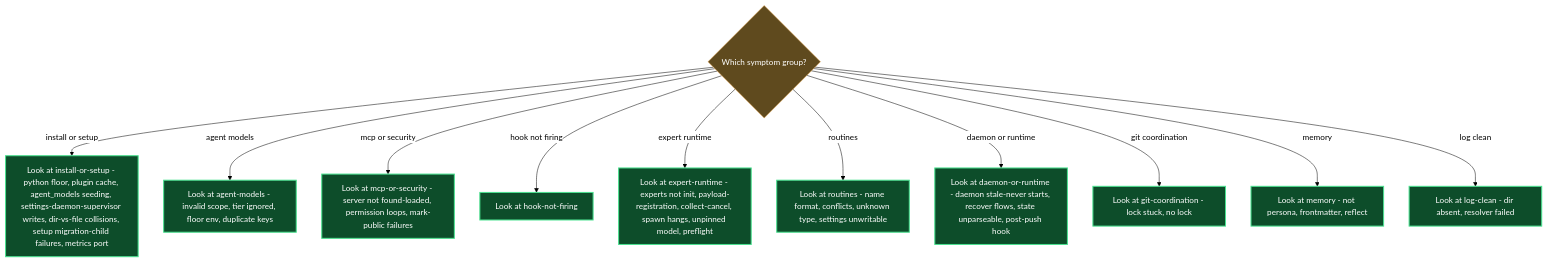
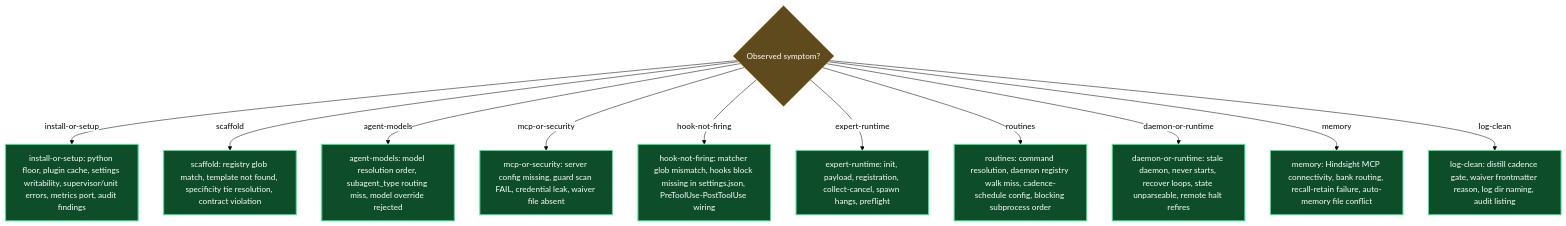
One commit to mebius-san/lazy-cortex changed the diagram in claude/lazycortex-core/help/troubleshooting.md. Above: the diagram before and after it, drawn with Mermaid. The commit also changed other lines of this file and 28 other files, not shown here.

````diff
--- a/claude/lazycortex-core/help/troubleshooting.md
+++ b/claude/lazycortex-core/help/troubleshooting.md
@@ -684,33 +699,42 @@
 ```mermaid
 %%{init: {'themeVariables':{'lineColor':'#000','textColor':'#000','edgeLabelBackground':'#fff'},'themeCSS':'.edgeLabel{background-color:transparent!important}.edgeLabel p{background-color:transparent!important}','flowchart':{'diagramPadding':5,'useMaxWidth':true}}}%%
 flowchart TD
-  symptomObserved{Which symptom group?}
+  observedSymptom{Observed symptom?}
 
-  installSetupLeaf[Look at install-or-setup - python floor, plugin cache, agent_models seeding, settings-daemon-supervisor writes, dir-vs-file collisions, setup migration-child failures, metrics port]
-  agentModelsLeaf[Look at agent-models - invalid scope, tier ignored, floor env, duplicate keys]
-  mcpSecurityLeaf[Look at mcp-or-security - server not found-loaded, permission loops, mark-public failures]
-  hookNotFiringLeaf[Look at hook-not-firing]
-  expertRuntimeLeaf[Look at expert-runtime - experts not init, payload-registration, collect-cancel, spawn hangs, unpinned model, preflight]
-  routinesLeaf[Look at routines - name format, conflicts, unknown type, settings unwritable]
-  daemonRuntimeLeaf[Look at daemon-or-runtime - daemon stale-never starts, recover flows, state unparseable, post-push hook]
-  gitCoordinationLeaf[Look at git-coordination - lock stuck, no lock]
-  memoryLeaf[Look at memory - not persona, frontmatter, reflect]
-  logCleanLeaf[Look at log-clean - dir absent, resolver failed]
+  installOrSetup[install-or-setup: python floor, plugin cache, settings writability, supervisor/unit errors, metrics port, audit findings]
+  scaffold[scaffold: registry glob match, template not found, specificity tie resolution, contract violation]
+  agentModels[agent-models: model resolution order, subagent_type routing miss, model override rejected]
+  mcpOrSecurity[mcp-or-security: server config missing, guard scan FAIL, credential leak, waiver file absent]
+  hookNotFiring[hook-not-firing: matcher glob mismatch, hooks block missing in settings.json, PreToolUse-PostToolUse wiring]
+  expertRuntime[expert-runtime: init, payload, registration, collect-cancel, spawn hangs, preflight]
+  routines[routines: command resolution, daemon registry walk miss, cadence-schedule config, blocking subprocess order]
+  daemonOrRuntime[daemon-or-runtime: stale daemon, never starts, recover loops, state unparseable, remote halt refires]
+  memory[memory: Hindsight MCP connectivity, bank routing, recall-retain failure, auto-memory file conflict]
+  logClean[log-clean: distill cadence gate, waiver frontmatter reason, log dir naming, audit listing]
 
-  symptomObserved -->|install or setup| installSetupLeaf
-  symptomObserved -->|agent models| agentModelsLeaf
-  symptomObserved -->|mcp or security| mcpSecurityLeaf
-  symptomObserved -->|hook not firing| hookNotFiringLeaf
-  symptomObserved -->|expert runtime| expertRuntimeLeaf
-  symptomObserved -->|routines| routinesLeaf
-  symptomObserved -->|daemon or runtime| daemonRuntimeLeaf
-  symptomObserved -->|git coordination| gitCoordinationLeaf
-  symptomObserved -->|memory| memoryLeaf
-  symptomObserved -->|log clean| logCleanLeaf
+  observedSymptom -->|install-or-setup| installOrSetup
+  observedSymptom -->|scaffold| scaffold
+  observedSymptom -->|agent-models| agentModels
+  observedSymptom -->|mcp-or-security| mcpOrSecurity
+  observedSymptom -->|hook-not-firing| hookNotFiring
+  observedSymptom -->|expert-runtime| expertRuntime
+  observedSymptom -->|routines| routines
+  observedSymptom -->|daemon-or-runtime| daemonOrRuntime
+  observedSymptom -->|memory| memory
+  observedSymptom -->|log-clean| logClean
 
   classDef guard fill:#5f4a1e,stroke:#e2a14a,color:#fff
   classDef success fill:#0d4d2a,stroke:#4ae290,color:#fff,stroke-width:2px
 
-  class symptomObserved guard
-  class installSetupLeaf,agentModelsLeaf,mcpSecurityLeaf,hookNotFiringLeaf,expertRuntimeLeaf,routinesLeaf,daemonRuntimeLeaf,gitCoordinationLeaf,memoryLeaf,logCleanLeaf success
+  class observedSymptom guard
+  class installOrSetup success
+  class scaffold success
+  class agentModels success
+  class mcpOrSecurity success
+  class hookNotFiring success
+  class expertRuntime success
+  class routines success
+  class daemonOrRuntime success
+  class memory success
+  class logClean success
 ```
````
